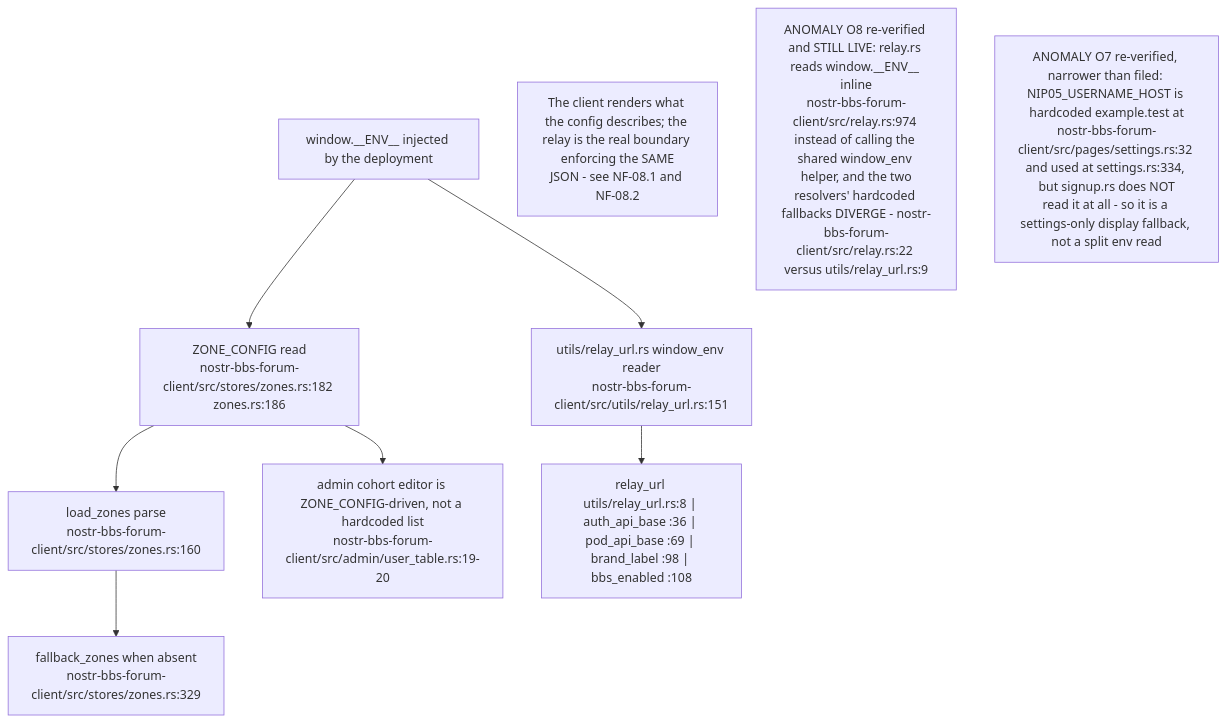
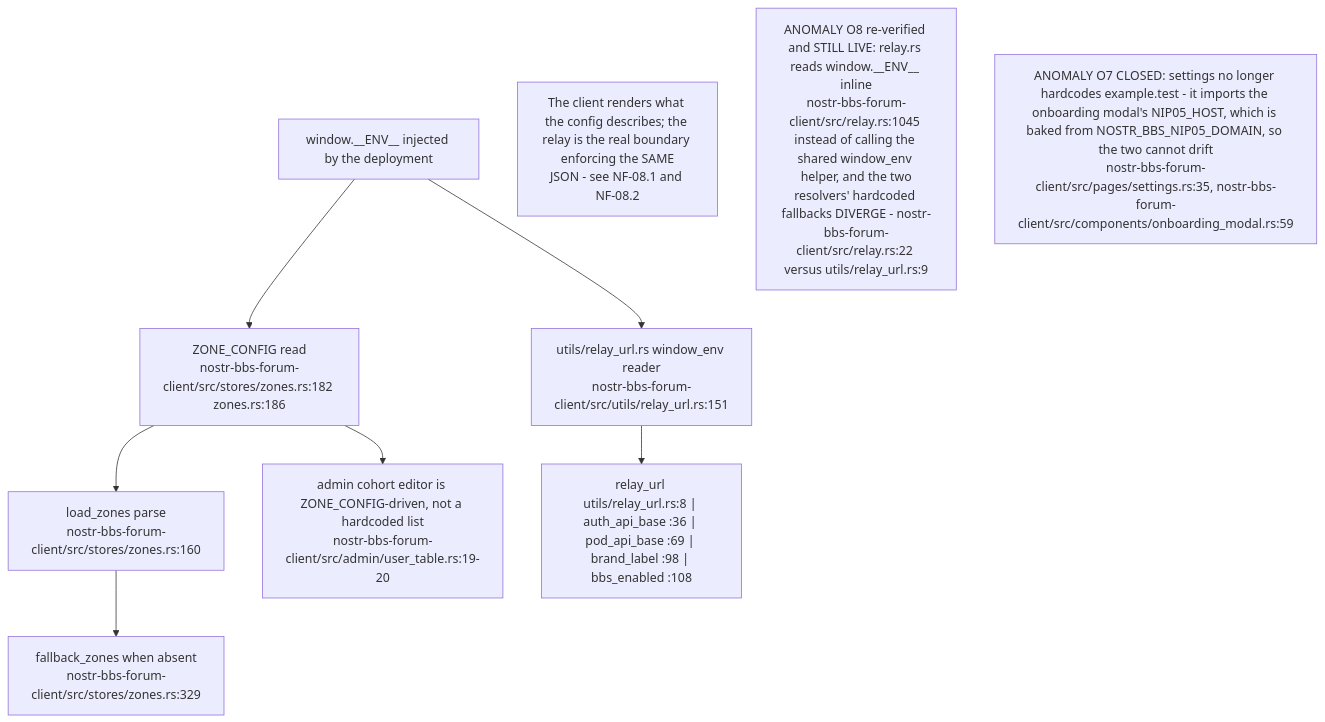
Before and after one commit to DreamLab-AI/VisionFlow: the seventh of 17 diagrams in docs/diagrams/nostr-rust-forum/05-leptos-clients-onboarding-messaging-governance.md, drawn with Mermaid. The commit also changed other lines of this file and 160 other files, not shown here.

````diff
--- a/docs/diagrams/nostr-rust-forum/05-leptos-clients-onboarding-messaging-governance.md
+++ b/docs/diagrams/nostr-rust-forum/05-leptos-clients-onboarding-messaging-governance.md
@@ -246,18 +252,18 @@
 ```mermaid
 flowchart TB
     ENV["window.__ENV__ injected by the deployment"]
     ZC["ZONE_CONFIG read<br/>nostr-bbs-forum-client/src/stores/zones.rs:182 zones.rs:186"]
     LOAD["load_zones parse<br/>nostr-bbs-forum-client/src/stores/zones.rs:160"]
     FB["fallback_zones when absent<br/>nostr-bbs-forum-client/src/stores/zones.rs:329"]
     URLS["utils/relay_url.rs window_env reader<br/>nostr-bbs-forum-client/src/utils/relay_url.rs:151"]
     R["relay_url utils/relay_url.rs:8 | auth_api_base :36 | pod_api_base :69 | brand_label :98 | bbs_enabled :108"]
     COH["admin cohort editor is ZONE_CONFIG-driven, not a hardcoded list<br/>nostr-bbs-forum-client/src/admin/user_table.rs:19-20"]
 
     ENV --> ZC --> LOAD --> FB
     ENV --> URLS --> R
     ZC --> COH
 
     N1["The client renders what the config describes; the relay is the real boundary enforcing the SAME<br/>JSON - see NF-08.1 and NF-08.2"]
-    N2["ANOMALY O8 re-verified and STILL LIVE: relay.rs reads window.__ENV__ inline<br/>nostr-bbs-forum-client/src/relay.rs:974 instead of calling the shared window_env helper, and the two<br/>resolvers' hardcoded fallbacks DIVERGE - nostr-bbs-forum-client/src/relay.rs:22 versus utils/relay_url.rs:9"]
-    N3["ANOMALY O7 re-verified, narrower than filed: NIP05_USERNAME_HOST is hardcoded example.test at<br/>nostr-bbs-forum-client/src/pages/settings.rs:32 and used at settings.rs:334, but signup.rs does NOT<br/>read it at all - so it is a settings-only display fallback, not a split env read"]
+    N2["ANOMALY O8 re-verified and STILL LIVE: relay.rs reads window.__ENV__ inline<br/>nostr-bbs-forum-client/src/relay.rs:1045 instead of calling the shared window_env helper, and the two<br/>resolvers' hardcoded fallbacks DIVERGE - nostr-bbs-forum-client/src/relay.rs:22 versus utils/relay_url.rs:9"]
+    N3["ANOMALY O7 CLOSED: settings no longer hardcodes example.test - it imports the onboarding modal's NIP05_HOST, which is baked from NOSTR_BBS_NIP05_DOMAIN, so the two cannot drift<br/>nostr-bbs-forum-client/src/pages/settings.rs:35, nostr-bbs-forum-client/src/components/onboarding_modal.rs:59"]
 ```
````
